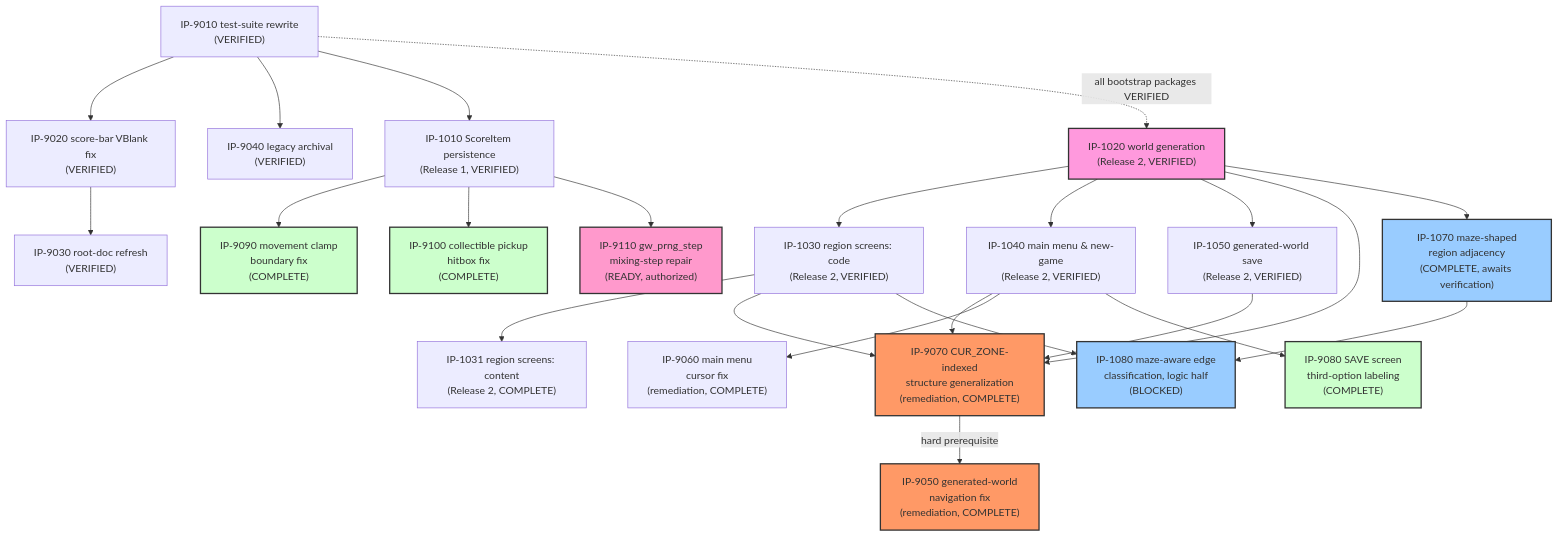
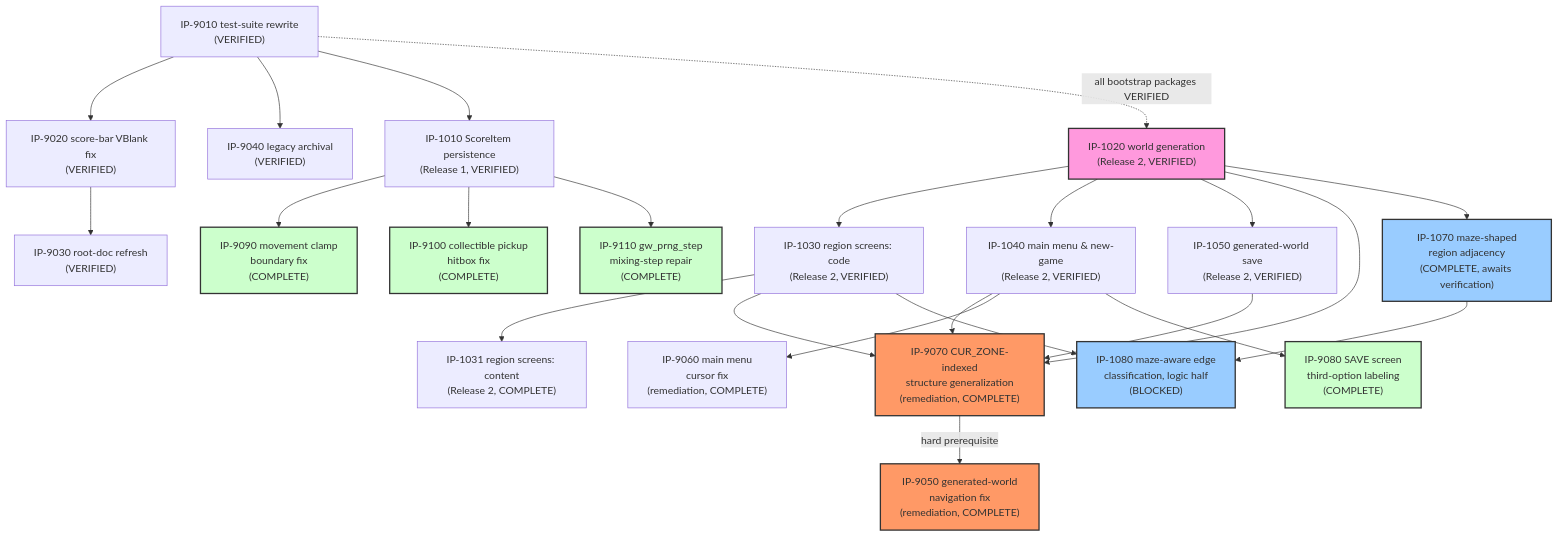
One commit to Zabin/RsGame changed the diagram in docs/implementation/00-master-build-plan.md. Above: the diagram before and after it, drawn with Mermaid. The commit also changed other lines of this file and 10 other files, not shown here.

````diff
--- a/docs/implementation/00-master-build-plan.md
+++ b/docs/implementation/00-master-build-plan.md
@@ -148,63 +148,63 @@
 ```mermaid
 graph TD
     IP9010["IP-9010 test-suite rewrite<br/>(VERIFIED)"]
     IP9020["IP-9020 score-bar VBlank fix<br/>(VERIFIED)"]
     IP9030["IP-9030 root-doc refresh<br/>(VERIFIED)"]
     IP9040["IP-9040 legacy archival<br/>(VERIFIED)"]
     IP1010["IP-1010 ScoreItem persistence<br/>(Release 1, VERIFIED)"]
     IP9010 --> IP9020
     IP9010 --> IP9040
     IP9010 --> IP1010
     IP9020 --> IP9030
 
     IP1020["IP-1020 world generation<br/>(Release 2, VERIFIED)"]
     IP1030["IP-1030 region screens: code<br/>(Release 2, VERIFIED)"]
     IP1031["IP-1031 region screens: content<br/>(Release 2, COMPLETE)"]
     IP1040["IP-1040 main menu & new-game<br/>(Release 2, VERIFIED)"]
     IP1050["IP-1050 generated-world save<br/>(Release 2, VERIFIED)"]
     IP9010 -.all bootstrap packages VERIFIED.-> IP1020
     IP1020 --> IP1030
     IP1030 --> IP1031
     IP1020 --> IP1040
     IP1020 --> IP1050
 
     style IP1020 fill:#f9d,stroke:#333,stroke-width:2px
 
     IP9070["IP-9070 CUR_ZONE-indexed<br/>structure generalization<br/>(remediation, COMPLETE)"]
     IP9050["IP-9050 generated-world<br/>navigation fix<br/>(remediation, COMPLETE)"]
     IP9060["IP-9060 main menu<br/>cursor fix<br/>(remediation, COMPLETE)"]
     IP1020 --> IP9070
     IP1030 --> IP9070
     IP1040 --> IP9070
     IP1050 --> IP9070
     IP9070 -->|hard prerequisite| IP9050
     IP1040 --> IP9060
 
     style IP9070 fill:#f96,stroke:#333,stroke-width:2px
     style IP9050 fill:#f96,stroke:#333,stroke-width:2px
 
     IP1070["IP-1070 maze-shaped<br/>region adjacency<br/>(COMPLETE, awaits verification)"]
     IP1080["IP-1080 maze-aware edge<br/>classification, logic half<br/>(BLOCKED)"]
     IP1020 --> IP1070
     IP1070 --> IP1080
     IP1030 --> IP1080
 
     style IP1070 fill:#9cf,stroke:#333,stroke-width:2px
     style IP1080 fill:#9cf,stroke:#333,stroke-width:2px
 
     IP9090["IP-9090 movement clamp<br/>boundary fix<br/>(COMPLETE)"]
     IP9100["IP-9100 collectible pickup<br/>hitbox fix<br/>(COMPLETE)"]
     IP9080["IP-9080 SAVE screen<br/>third-option labeling<br/>(COMPLETE)"]
     IP1010 --> IP9090
     IP1010 --> IP9100
     IP1040 --> IP9080
 
     style IP9090 fill:#cfc,stroke:#333,stroke-width:2px
     style IP9100 fill:#cfc,stroke:#333,stroke-width:2px
     style IP9080 fill:#cfc,stroke:#333,stroke-width:2px
 
-    IP9110["IP-9110 gw_prng_step<br/>mixing-step repair<br/>(READY, authorized)"]
+    IP9110["IP-9110 gw_prng_step<br/>mixing-step repair<br/>(COMPLETE)"]
     IP1010 --> IP9110
 
-    style IP9110 fill:#f9c,stroke:#333,stroke-width:2px
+    style IP9110 fill:#cfc,stroke:#333,stroke-width:2px
 ```
````
